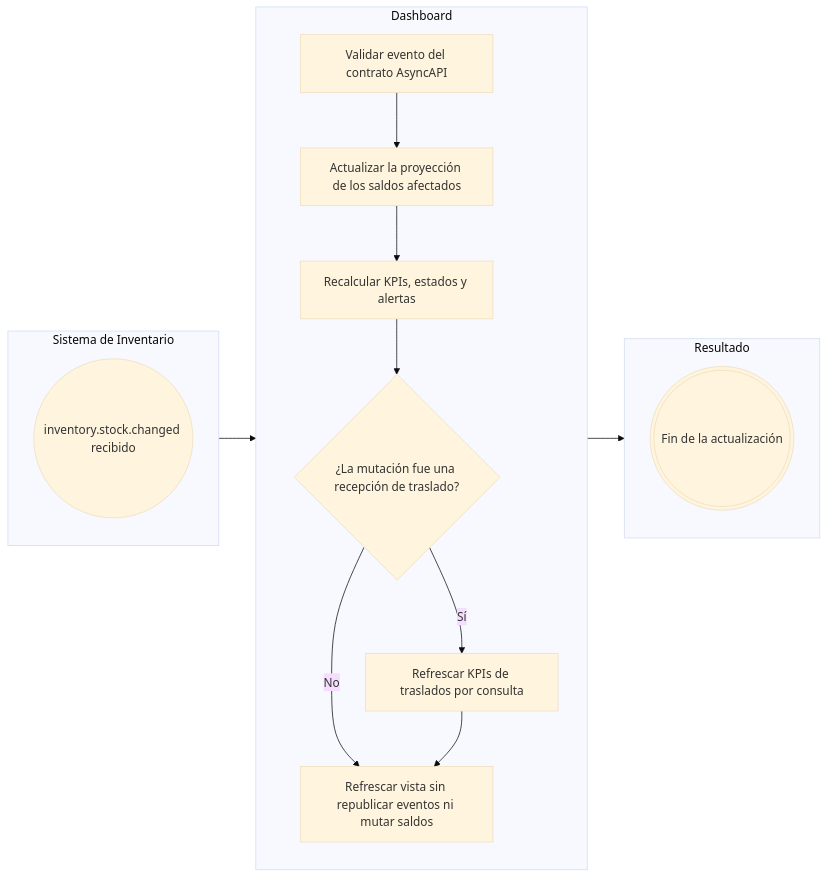
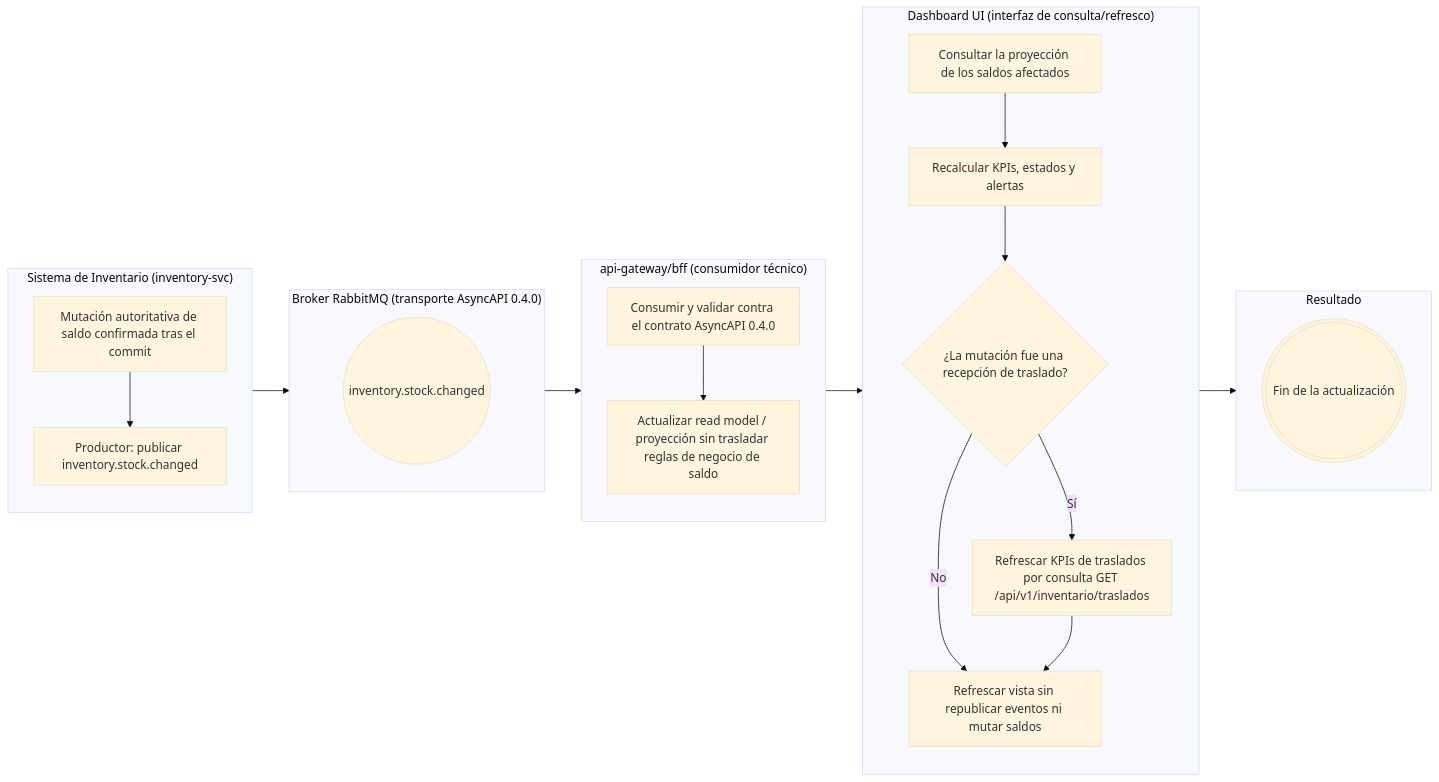
One commit to Taller-SW-Web/G6-Productos-Ofertas-docs changed the third of 5 diagrams in flujos/FLOW-016-dashboard-alertas-stock.md. Above: the diagram before and after it, drawn with Mermaid (base theme). The commit also changed other lines of this file and 6 other files, not shown here.

````diff
--- a/flujos/FLOW-016-dashboard-alertas-stock.md
+++ b/flujos/FLOW-016-dashboard-alertas-stock.md
@@ -95,31 +97,45 @@
 ```mermaid
 flowchart LR
-    subgraph INV["Sistema de Inventario"]
+    subgraph INV["Sistema de Inventario (inventory-svc)"]
         direction TB
-        E1(("inventory.stock.changed recibido"))
+        A0["Mutación autoritativa de saldo confirmada tras el commit"]
+        A1["Productor: publicar inventory.stock.changed"]
     end
 
-    subgraph DASH["Dashboard"]
+    subgraph INTER["Broker RabbitMQ (transporte AsyncAPI 0.4.0)"]
         direction TB
-        A1["Validar evento del contrato AsyncAPI"]
-        A2["Actualizar la proyección de los saldos afectados"]
-        A3["Recalcular KPIs, estados y alertas"]
+        E1(("inventory.stock.changed"))
+    end
+
+    subgraph BFF["api-gateway/bff (consumidor técnico)"]
+        direction TB
+        A2["Consumir y validar contra el contrato AsyncAPI 0.4.0"]
+        A3["Actualizar read model / proyección sin trasladar reglas de negocio de saldo"]
+    end
+
+    subgraph DASH["Dashboard UI (interfaz de consulta/refresco)"]
+        direction TB
+        A4["Consultar la proyección de los saldos afectados"]
+        A5["Recalcular KPIs, estados y alertas"]
         D1{"¿La mutación fue una recepción de traslado?"}
-        A4["Refrescar KPIs de traslados por consulta"]
-        A5["Refrescar vista sin republicar eventos ni mutar saldos"]
+        A6["Refrescar KPIs de traslados por consulta GET /api/v1/inventario/traslados"]
+        A7["Refrescar vista sin republicar eventos ni mutar saldos"]
     end
 
     subgraph RES["Resultado"]
         direction TB
         FIN(((Fin de la actualización)))
     end
 
-    E1 --> A1
-    A1 --> A2
+    A0 --> A1
+    A1 --> E1
+    E1 --> A2
     A2 --> A3
-    A3 --> D1
-    D1 -->|"Sí"| A4
-    D1 -->|"No"| A5
+    A3 --> A4
     A4 --> A5
-    A5 --> FIN
+    A5 --> D1
+    D1 -->|"Sí"| A6
+    D1 -->|"No"| A7
+    A6 --> A7
+    A7 --> FIN
 ```
````
